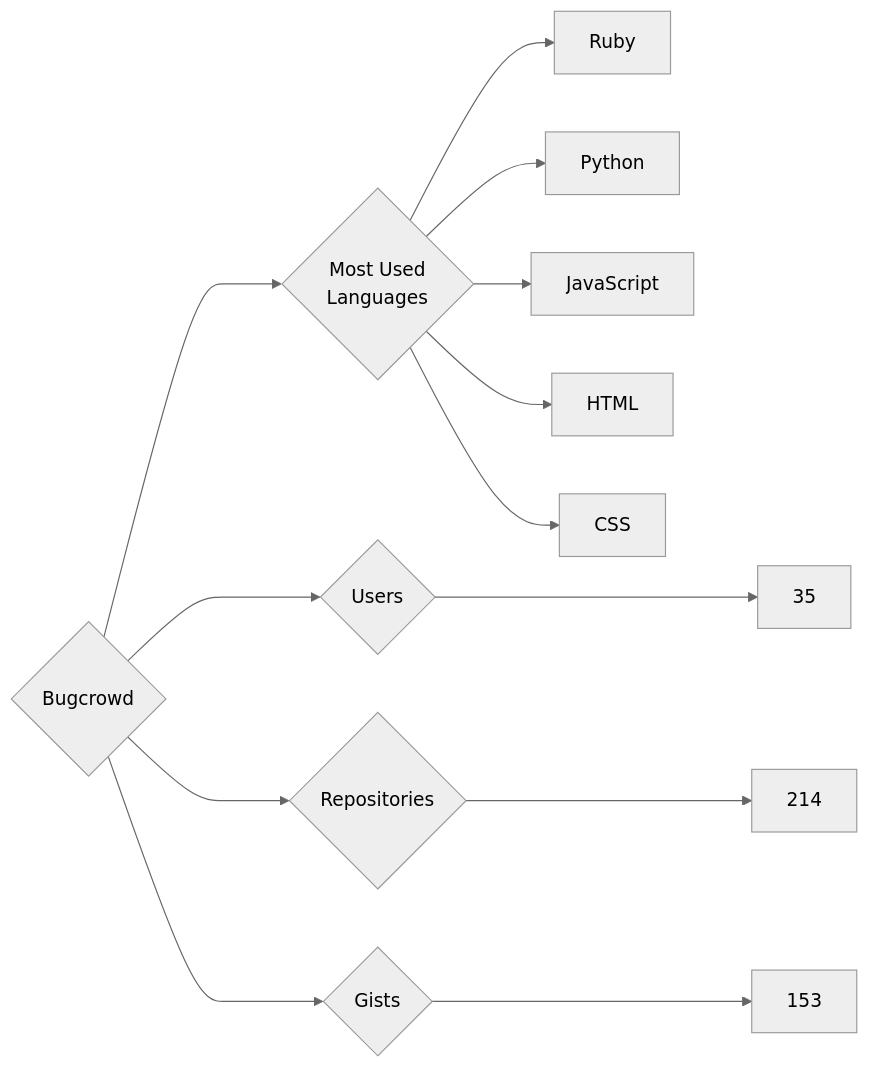
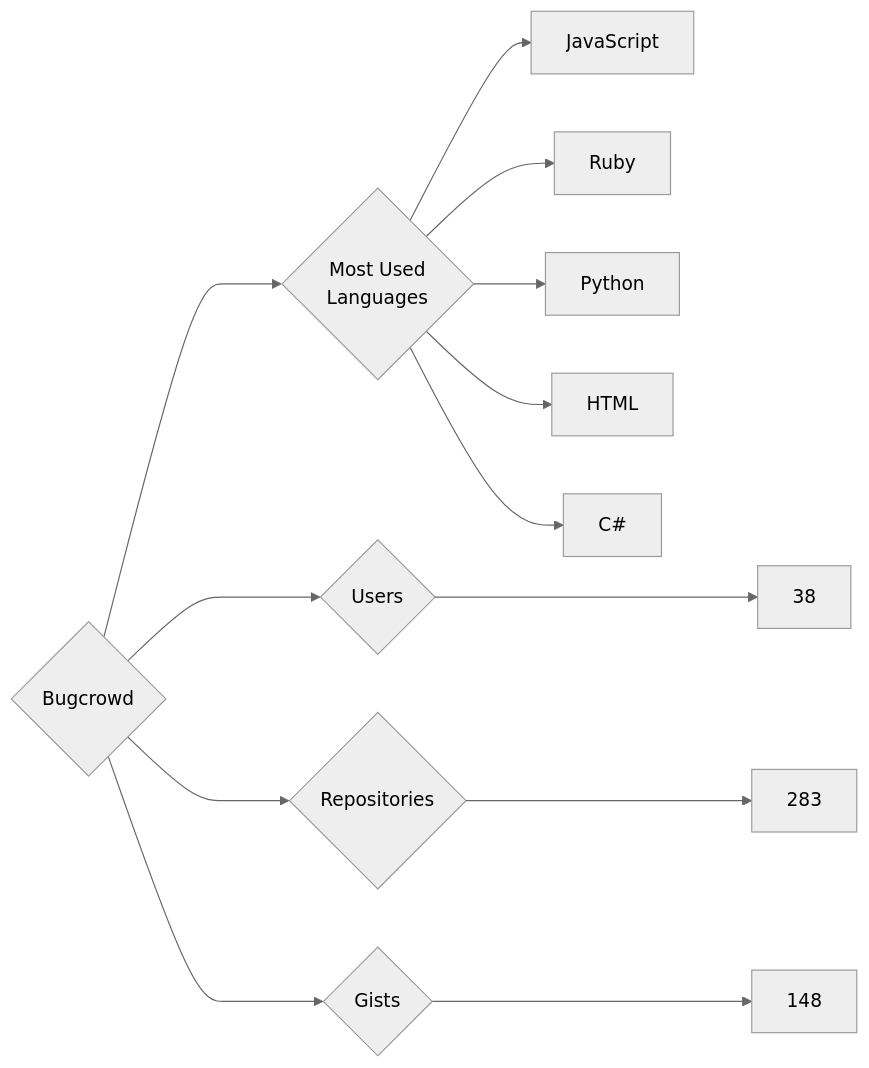
Before and after one commit to trickest/insiders: the diagram in targets/Bugcrowd/README.md, drawn with Mermaid (neutral theme). The commit also changed 714 other files, not shown here.

````diff
--- a/targets/Bugcrowd/README.md
+++ b/targets/Bugcrowd/README.md
@@ -3,13 +3,13 @@
 ```mermaid
 graph LR
 COMPANY_NAME{Bugcrowd}
-COMPANY_NAME ---> U{Users} ---> UN[35]
-COMPANY_NAME ---> R{Repositories} ---> RN[214]
-COMPANY_NAME ---> G{Gists} ---> GN[153]
+COMPANY_NAME ---> U{Users} ---> UN[38]
+COMPANY_NAME ---> R{Repositories} ---> RN[283]
+COMPANY_NAME ---> G{Gists} ---> GN[148]
 COMPANY_NAME ---> ML{Most Used<br>Languages}
+ML --> JavaScript[JavaScript]
 ML --> Ruby[Ruby]
 ML --> Python[Python]
-ML --> JavaScript[JavaScript]
 ML --> HTML[HTML]
-ML --> CSS[CSS]
+ML --> C#[C#]
 ```
````
